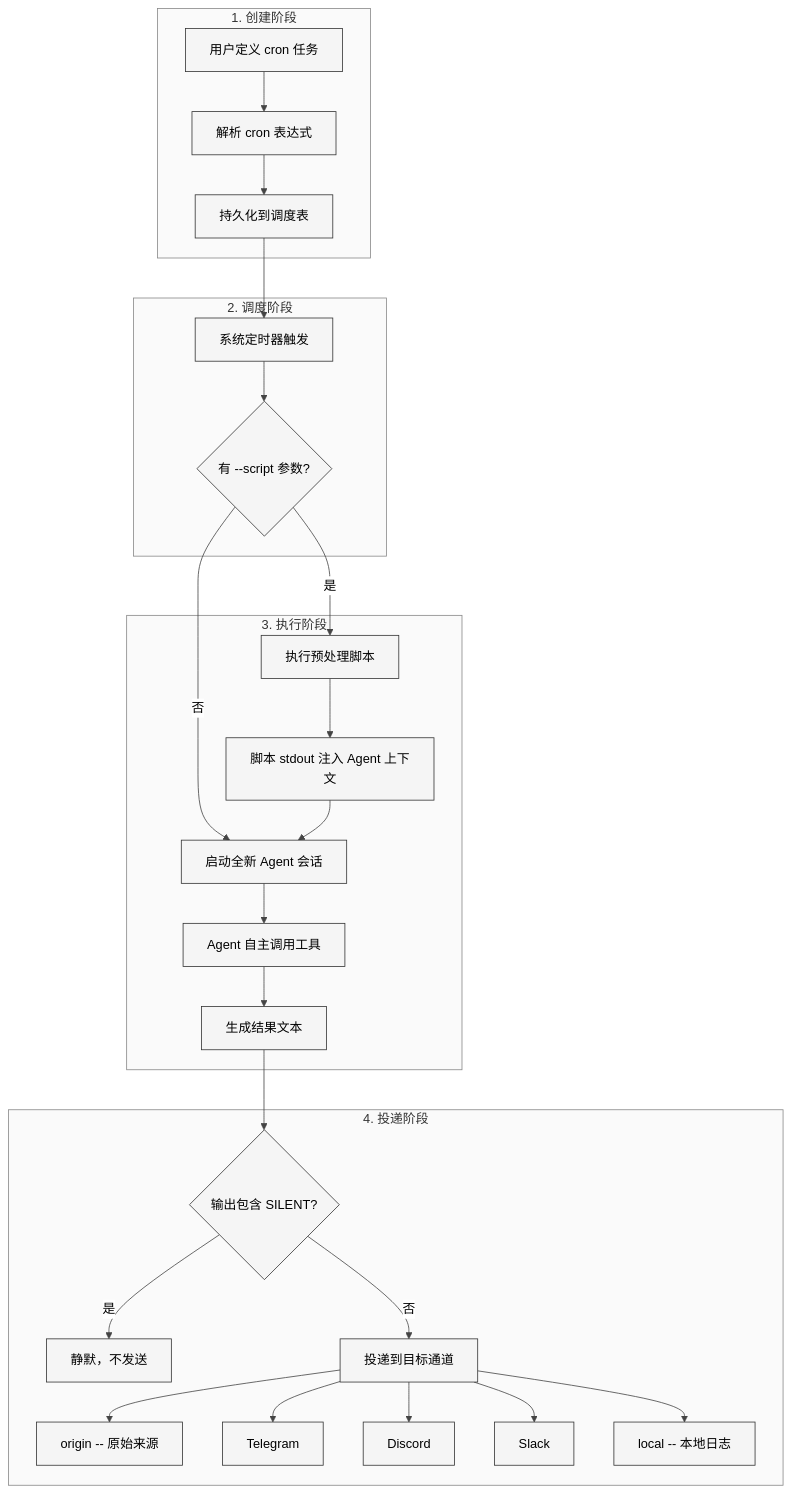
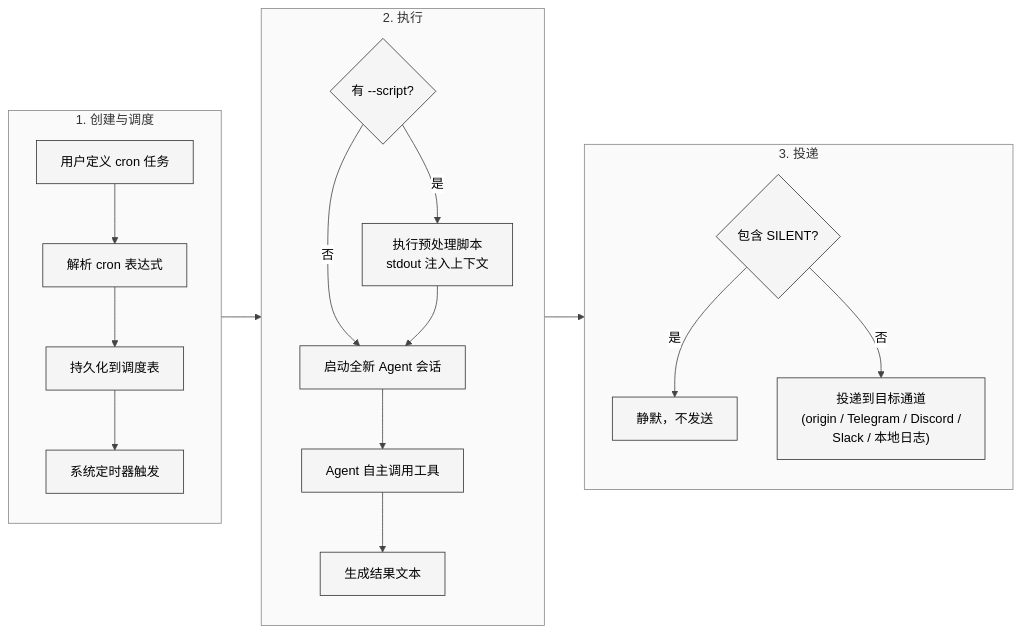
One commit to xiaonancs/hermes-agent-study changed the first of 6 diagrams in Part I 原理与使用/04-高级使用方法.md. Above: the diagram before and after it, drawn with Mermaid. The commit also changed other lines of this file and 32 other files, not shown here.

First line of the commit message:
Mermaid 图表修复：白色背景板 + 长宽比优化

````diff
--- a/Part I 原理与使用/04-高级使用方法.md
+++ b/Part I 原理与使用/04-高级使用方法.md
@@ -29,30 +29,27 @@
 ```mermaid
 %%{init: {'theme': 'neutral', 'themeVariables': {'background': '#ffffff', 'primaryColor': '#f5f5f5', 'primaryTextColor': '#000000', 'primaryBorderColor': '#333333', 'lineColor': '#444444', 'textColor': '#000000', 'mainBkg': '#f5f5f5', 'nodeBorder': '#333333', 'clusterBkg': '#fafafa', 'clusterBorder': '#888888', 'edgeLabelBackground': '#ffffff'}}}%%
-flowchart TD
-    subgraph create ["1. 创建阶段"]
+flowchart LR
+    subgraph setup ["1. 创建与调度"]
+        direction TB
         USER["用户定义 cron 任务"] --> PARSE["解析 cron 表达式"]
         PARSE --> STORE["持久化到调度表"]
+        STORE --> TIMER["系统定时器触发"]
     end
-    subgraph schedule ["2. 调度阶段"]
-        STORE --> TIMER["系统定时器触发"]
-        TIMER --> SCRIPT{"有 --script 参数?"}
-    end
-    subgraph execute ["3. 执行阶段"]
-        SCRIPT -->|"是"| RUNSCRIPT["执行预处理脚本"]
-        RUNSCRIPT --> INJECT["脚本 stdout 注入 Agent 上下文"]
+    subgraph execute ["2. 执行"]
+        direction TB
+        SCRIPT{"有 --script?"}
+        SCRIPT -->|"是"| RUNSCRIPT["执行预处理脚本<br/>stdout 注入上下文"]
         SCRIPT -->|"否"| AGENT["启动全新 Agent 会话"]
-        INJECT --> AGENT
+        RUNSCRIPT --> AGENT
         AGENT --> TOOLS["Agent 自主调用工具"]
         TOOLS --> RESULT["生成结果文本"]
     end
-    subgraph deliver ["4. 投递阶段"]
-        RESULT --> SILENT{"输出包含 SILENT?"}
+    subgraph deliver ["3. 投递"]
+        direction TB
+        SILENT{"包含 SILENT?"}
         SILENT -->|"是"| SUPPRESS["静默，不发送"]
-        SILENT -->|"否"| TARGET["投递到目标通道"]
-        TARGET --> ORIGIN["origin -- 原始来源"]
-        TARGET --> TG["Telegram"]
-        TARGET --> DC["Discord"]
-        TARGET --> SL["Slack"]
-        TARGET --> LOCAL["local -- 本地日志"]
+        SILENT -->|"否"| TARGET["投递到目标通道<br/>(origin / Telegram / Discord /<br/>Slack / 本地日志)"]
     end
+    TIMER --> SCRIPT
+    RESULT --> SILENT
 ```
````
